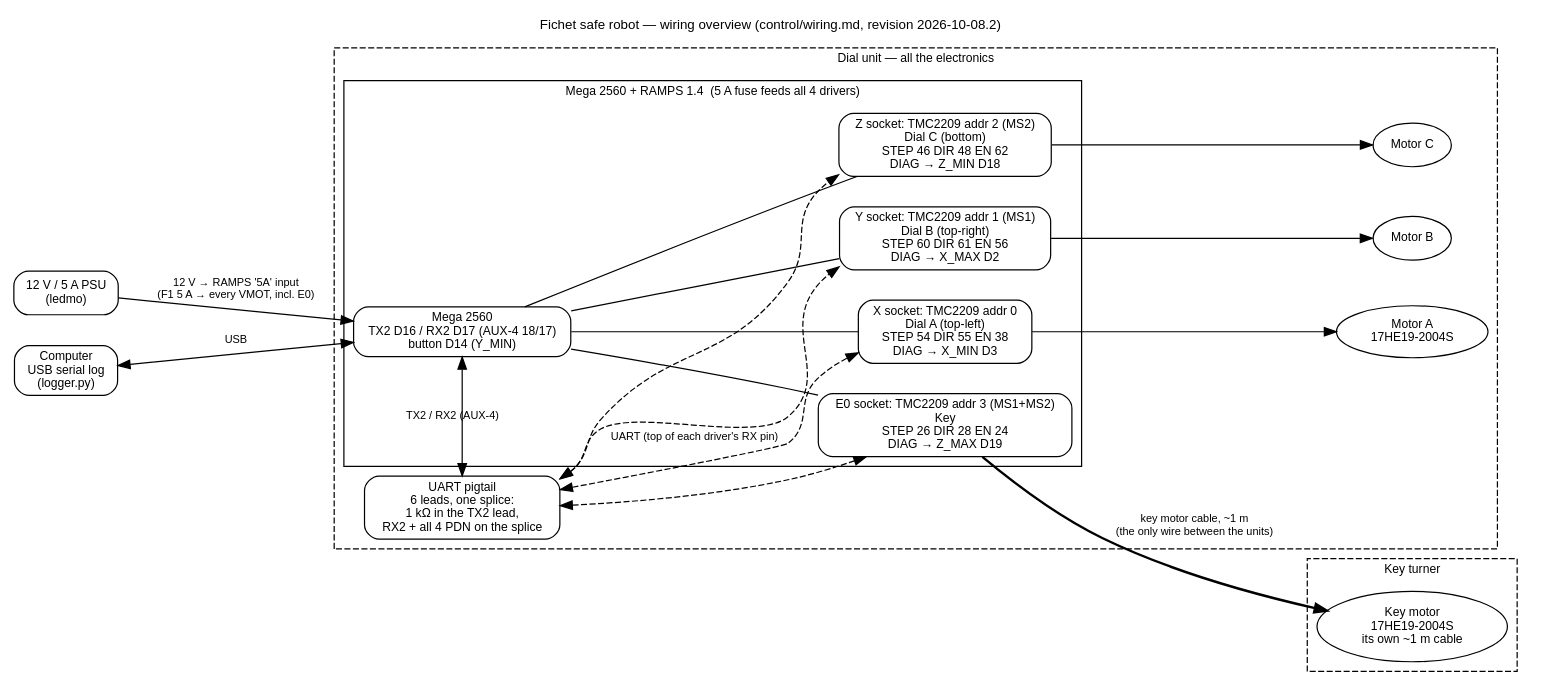
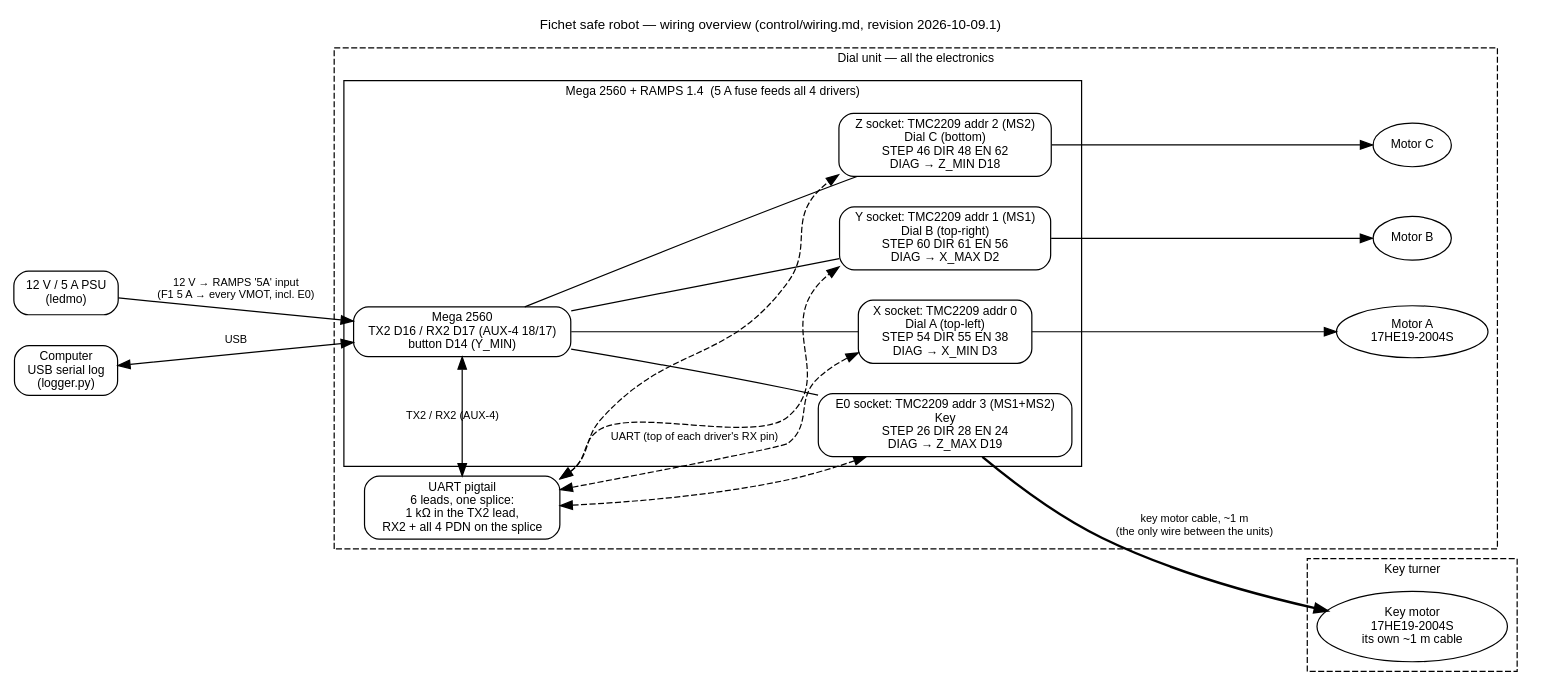
Before and after one commit to paulforrester/fichet-safe-robot: the diagram in control/harness/overview.dot, drawn with Graphviz. The commit also changed 28 other files, not shown here.

```diff
--- a/control/harness/overview.dot
+++ b/control/harness/overview.dot
@@ -1,43 +1,43 @@
 // System overview for the Fichet safe robot wiring — see control/wiring.md.
 // Render: dot -Tsvg control/harness/overview.dot -o control/harness/overview.svg
 // Project revision 2026-10-08.2: all four drivers on the RAMPS (key in E0); UART pigtail replaces the hub board.
 digraph overview {
-  graph [rankdir=LR, fontname="Helvetica", fontsize=11, nodesep=0.35, ranksep=0.7, label="Fichet safe robot — wiring overview (control/wiring.md, revision 2026-10-08.2)", labelloc=t];
+  graph [rankdir=LR, fontname="Helvetica", fontsize=11, nodesep=0.35, ranksep=0.7, label="Fichet safe robot — wiring overview (control/wiring.md, revision 2026-10-09.1)", labelloc=t];
   node  [shape=box, style="rounded", fontname="Helvetica", fontsize=10];
   edge  [fontname="Helvetica", fontsize=9];
 
   psu  [label="12 V / 5 A PSU\n(ledmo)"];
   usb  [label="Computer\nUSB serial log\n(logger.py)"];
 
   subgraph cluster_dial {
     label="Dial unit — all the electronics"; style=dashed; fontsize=10;
     uart [label="UART pigtail\n6 leads, one splice:\n1 kΩ in the TX2 lead,\nRX2 + all 4 PDN on the splice"];
     subgraph cluster_ramps {
       label="Mega 2560 + RAMPS 1.4  (5 A fuse feeds all 4 drivers)"; style=solid; fontsize=10;
       mega [label="Mega 2560\nTX2 D16 / RX2 D17 (AUX-4 18/17)\nbutton D14 (Y_MIN)"];
       x    [label="X socket: TMC2209 addr 0\nDial A (top-left)\nSTEP 54 DIR 55 EN 38\nDIAG → X_MIN D3"];
       y    [label="Y socket: TMC2209 addr 1 (MS1)\nDial B (top-right)\nSTEP 60 DIR 61 EN 56\nDIAG → X_MAX D2"];
       z    [label="Z socket: TMC2209 addr 2 (MS2)\nDial C (bottom)\nSTEP 46 DIR 48 EN 62\nDIAG → Z_MIN D18"];
       e0   [label="E0 socket: TMC2209 addr 3 (MS1+MS2)\nKey\nSTEP 26 DIR 28 EN 24\nDIAG → Z_MAX D19"];
     }
     ma [label="Motor A\n17HE19-2004S", shape=ellipse];
     mb [label="Motor B", shape=ellipse];
     mc [label="Motor C", shape=ellipse];
   }
 
   subgraph cluster_key {
     label="Key turner"; style=dashed; fontsize=10;
     mk  [label="Key motor\n17HE19-2004S\nits own ~1 m cable", shape=ellipse];
   }
 
   psu -> mega [label="12 V → RAMPS '5A' input\n(F1 5 A → every VMOT, incl. E0)"];
   usb -> mega [dir=both, label="USB"];
   mega -> x [arrowhead=none]; mega -> y [arrowhead=none]; mega -> z [arrowhead=none]; mega -> e0 [arrowhead=none];
   x -> ma; y -> mb; z -> mc;
   e0 -> mk [penwidth=2, label="key motor cable, ~1 m\n(the only wire between the units)"];
   uart -> x [dir=both, style=dashed, label="UART (top of each driver's RX pin)"];
   uart -> y [dir=both, style=dashed];
   uart -> z [dir=both, style=dashed];
   uart -> e0 [dir=both, style=dashed];
   mega -> uart [dir=both, label="TX2 / RX2 (AUX-4)"];
 }
```
